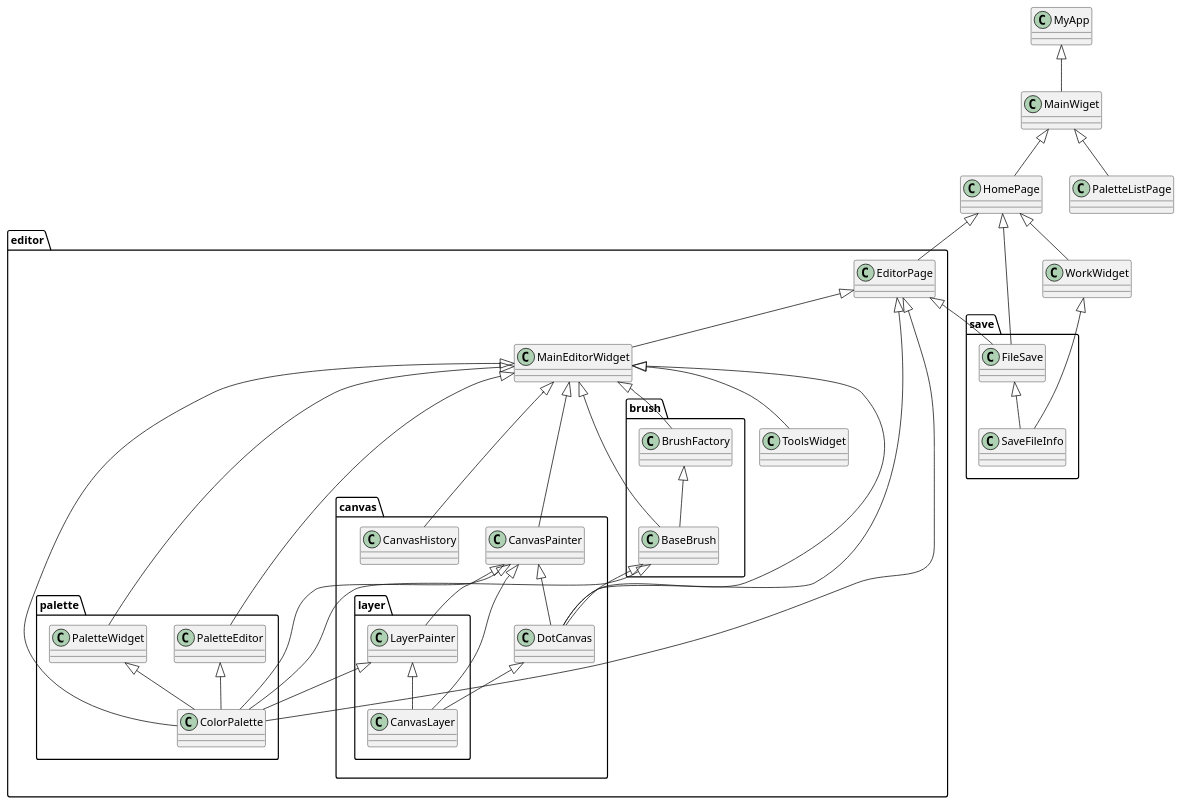
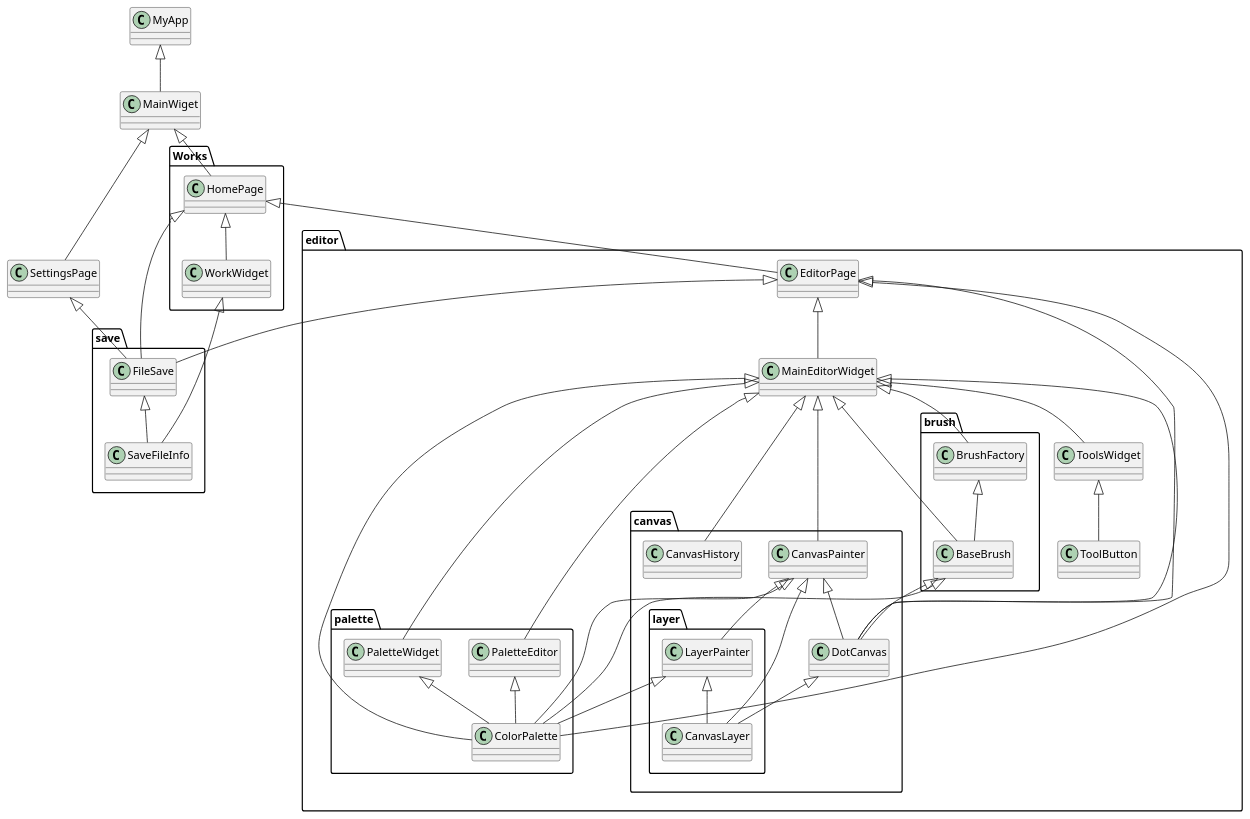
One commit to kyoichi001/flutter_app changed the diagram in test.pu. Above: the diagram before and after it, drawn with PlantUML. The commit also changed 20 other files, not shown here.

```diff
--- a/test.pu
+++ b/test.pu
@@ -1,77 +1,87 @@
 @startuml
 
 
 
 package save{
     class FileSave
     class SaveFileInfo
     FileSave <|-- SaveFileInfo
 }
 
 package editor{
     package canvas {
         class DotCanvas
         class CanvasHistory
         class CanvasPainter
         package layer{
             class LayerPainter
             class CanvasLayer
             LayerPainter <|-- CanvasLayer
         }
         CanvasPainter <|-- DotCanvas
         CanvasPainter <|-- CanvasLayer
         CanvasPainter <|-- LayerPainter
         DotCanvas <|-- CanvasLayer
     }
 
 
     package palette{
         class ColorPalette
         class PaletteWidget
         class PaletteEditor
         PaletteWidget <|-- ColorPalette
         PaletteEditor <|-- ColorPalette
     }
 
     package brush{
         class BaseBrush
         class BrushFactory
     }
 
     EditorPage <|-- DotCanvas
     EditorPage <|-- ColorPalette
     EditorPage <|-- FileSave
     EditorPage <|-- MainEditorWidget
 
     MainEditorWidget <|-- DotCanvas
     MainEditorWidget <|-- ColorPalette
     MainEditorWidget <|-- BaseBrush
     MainEditorWidget <|-- CanvasHistory
     MainEditorWidget <|-- ToolsWidget
     MainEditorWidget <|-- CanvasPainter
     MainEditorWidget <|-- PaletteWidget
     MainEditorWidget <|-- BrushFactory
     MainEditorWidget <|-- PaletteEditor
     CanvasPainter <|-- ColorPalette
     LayerPainter <|-- ColorPalette
 
+    ToolsWidget <|-- ToolButton
+
     BaseBrush <|-- DotCanvas
     BaseBrush <|-- ColorPalette
 
     BrushFactory <|-- BaseBrush
 }
 
+package Works{
+    class HomePage
+    class WorkWidget
+    HomePage <|-- WorkWidget
+}
+
+
 MyApp <|-- MainWiget
 MainWiget <|-- HomePage
-MainWiget <|-- PaletteListPage
+MainWiget <|-- SettingsPage
 HomePage <|-- FileSave
-HomePage <|-- WorkWidget
 HomePage <|-- EditorPage
+
+SettingsPage <|-- FileSave
 
 WorkWidget <|-- SaveFileInfo
 
 
 
 
 
 @enduml
```
